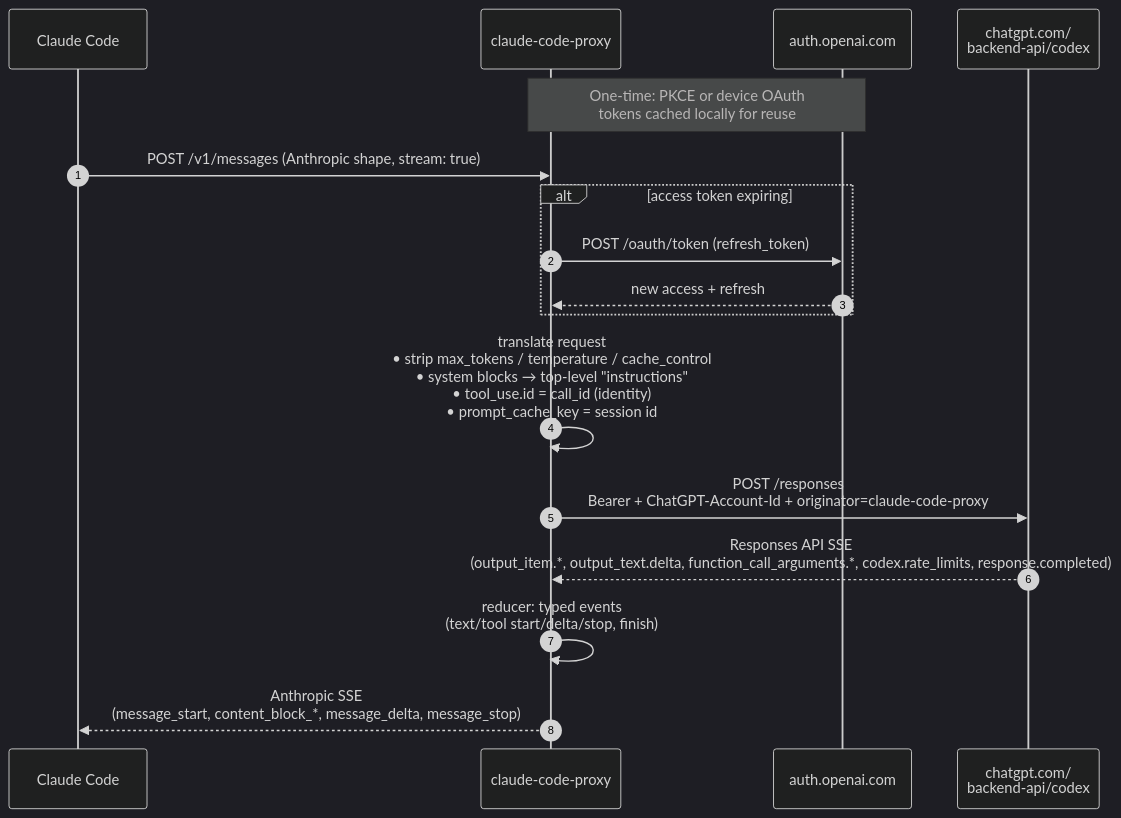
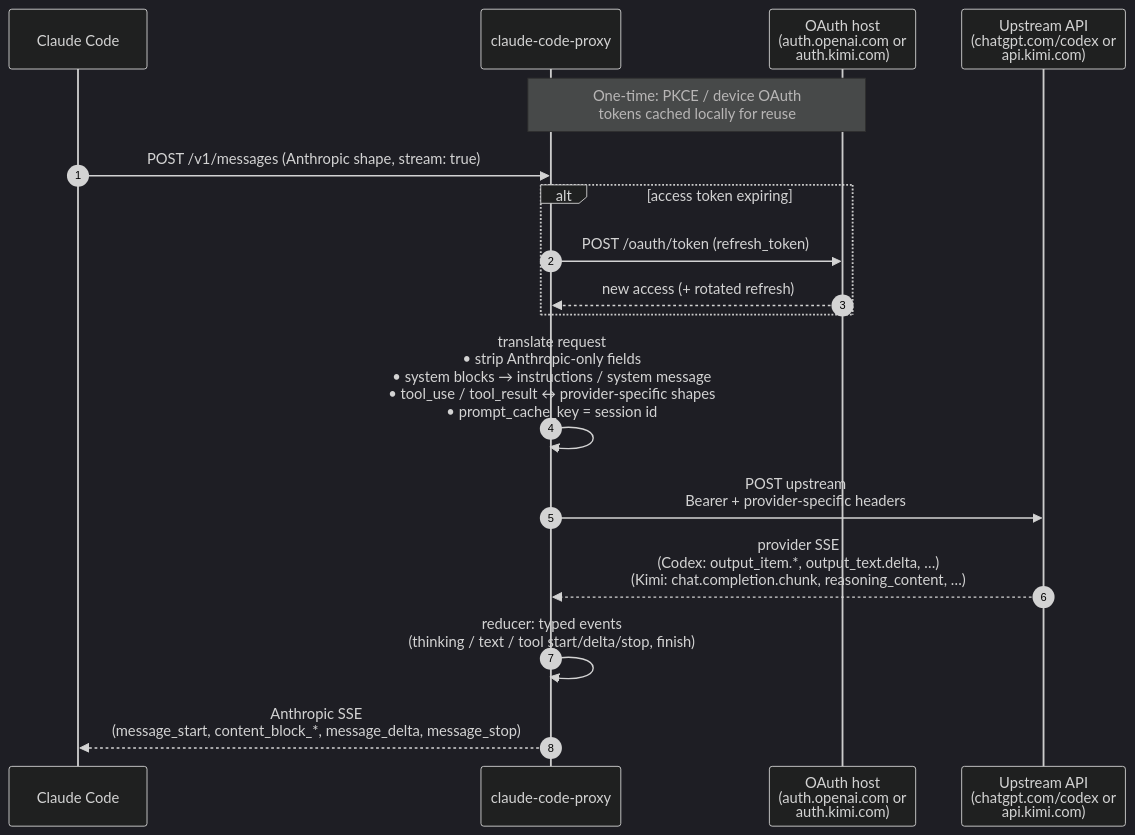
Before and after one commit to raine/claude-codex-proxy: the diagram in README.md, drawn with Mermaid (dark theme). The commit also changed other lines of this file, not shown here.

First line of the commit message:
readme: reorganize for multi-provider and document small fast model

````diff
--- a/README.md
+++ b/README.md
@@ -177,23 +232,23 @@
 ```mermaid
 sequenceDiagram
     autonumber
     participant CC as Claude Code
     participant P as claude-code-proxy
-    participant AUTH as auth.openai.com
-    participant CGX as chatgpt.com/<br/>backend-api/codex
+    participant AUTH as OAuth host<br/>(auth.openai.com or<br/>auth.kimi.com)
+    participant U as Upstream API<br/>(chatgpt.com/codex or<br/>api.kimi.com)
 
-    Note over P,AUTH: One-time: PKCE or device OAuth<br/>tokens cached locally for reuse
+    Note over P,AUTH: One-time: PKCE / device OAuth<br/>tokens cached locally for reuse
 
     CC->>P: POST /v1/messages (Anthropic shape, stream: true)
 
     alt access token expiring
         P->>AUTH: POST /oauth/token (refresh_token)
-        AUTH-->>P: new access + refresh
+        AUTH-->>P: new access (+ rotated refresh)
     end
 
-    P->>P: translate request<br/>• strip max_tokens / temperature / cache_control<br/>• system blocks → top-level "instructions"<br/>• tool_use.id = call_id (identity)<br/>• prompt_cache_key = session id
-    P->>CGX: POST /responses<br/>Bearer + ChatGPT-Account-Id + originator=claude-code-proxy
-    CGX-->>P: Responses API SSE<br/>(output_item.*, output_text.delta, function_call_arguments.*, codex.rate_limits, response.completed)
-    P->>P: reducer: typed events<br/>(text/tool start/delta/stop, finish)
+    P->>P: translate request<br/>• strip Anthropic-only fields<br/>• system blocks → instructions / system message<br/>• tool_use / tool_result ↔ provider-specific shapes<br/>• prompt_cache_key = session id
+    P->>U: POST upstream<br/>Bearer + provider-specific headers
+    U-->>P: provider SSE<br/>(Codex: output_item.*, output_text.delta, …)<br/>(Kimi: chat.completion.chunk, reasoning_content, …)
+    P->>P: reducer: typed events<br/>(thinking / text / tool start/delta/stop, finish)
     P-->>CC: Anthropic SSE<br/>(message_start, content_block_*, message_delta, message_stop)
 ```
````
